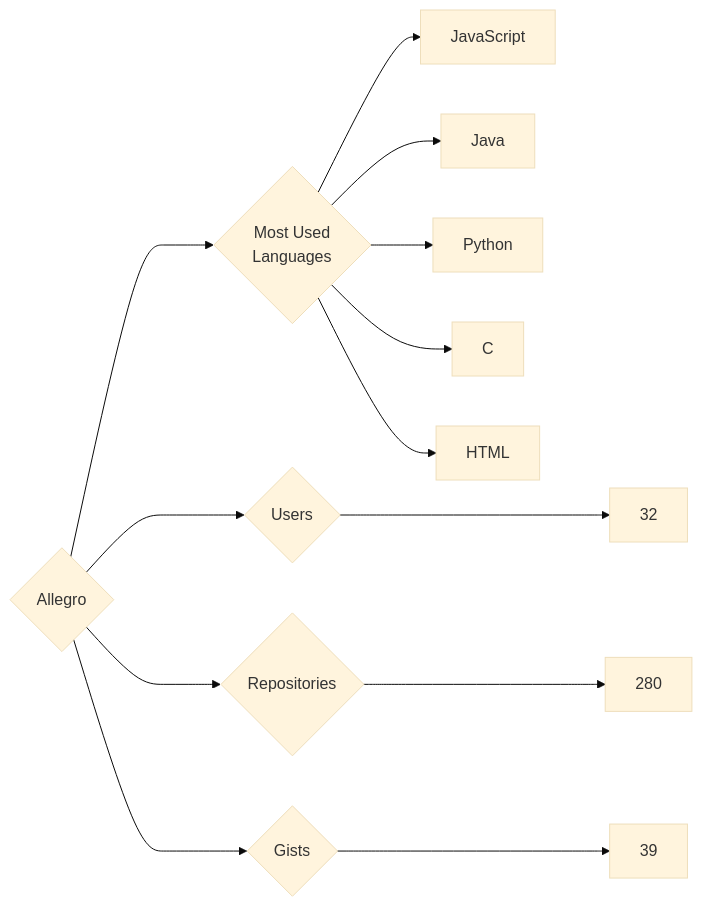
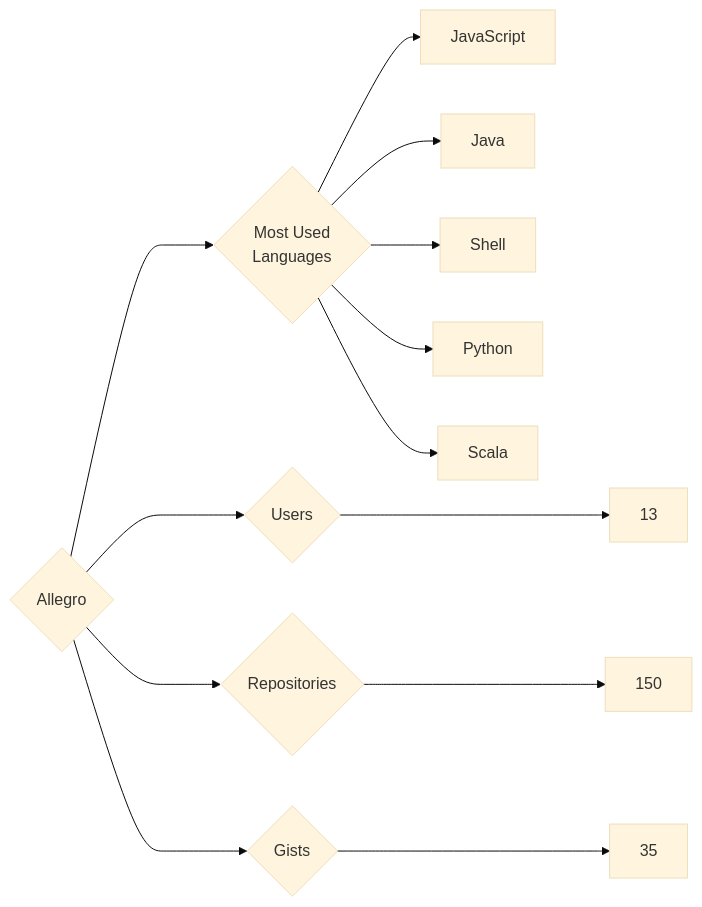
The diagram in targets/Allegro/README.md (trickest/insiders), drawn with Mermaid (base theme) before and after one commit. The commit also changed 847 other files, not shown here.

````diff
--- a/targets/Allegro/README.md
+++ b/targets/Allegro/README.md
@@ -3,13 +3,13 @@
 ```mermaid
 graph LR
 COMPANY_NAME{Allegro}
-COMPANY_NAME ---> U{Users} ---> UN[32]
-COMPANY_NAME ---> R{Repositories} ---> RN[280]
-COMPANY_NAME ---> G{Gists} ---> GN[39]
+COMPANY_NAME ---> U{Users} ---> UN[13]
+COMPANY_NAME ---> R{Repositories} ---> RN[150]
+COMPANY_NAME ---> G{Gists} ---> GN[35]
 COMPANY_NAME ---> ML{Most Used<br>Languages}
 ML --> JavaScript[JavaScript]
 ML --> Java[Java]
+ML --> Shell[Shell]
 ML --> Python[Python]
-ML --> C[C]
-ML --> HTML[HTML]
+ML --> Scala[Scala]
 ```
````
